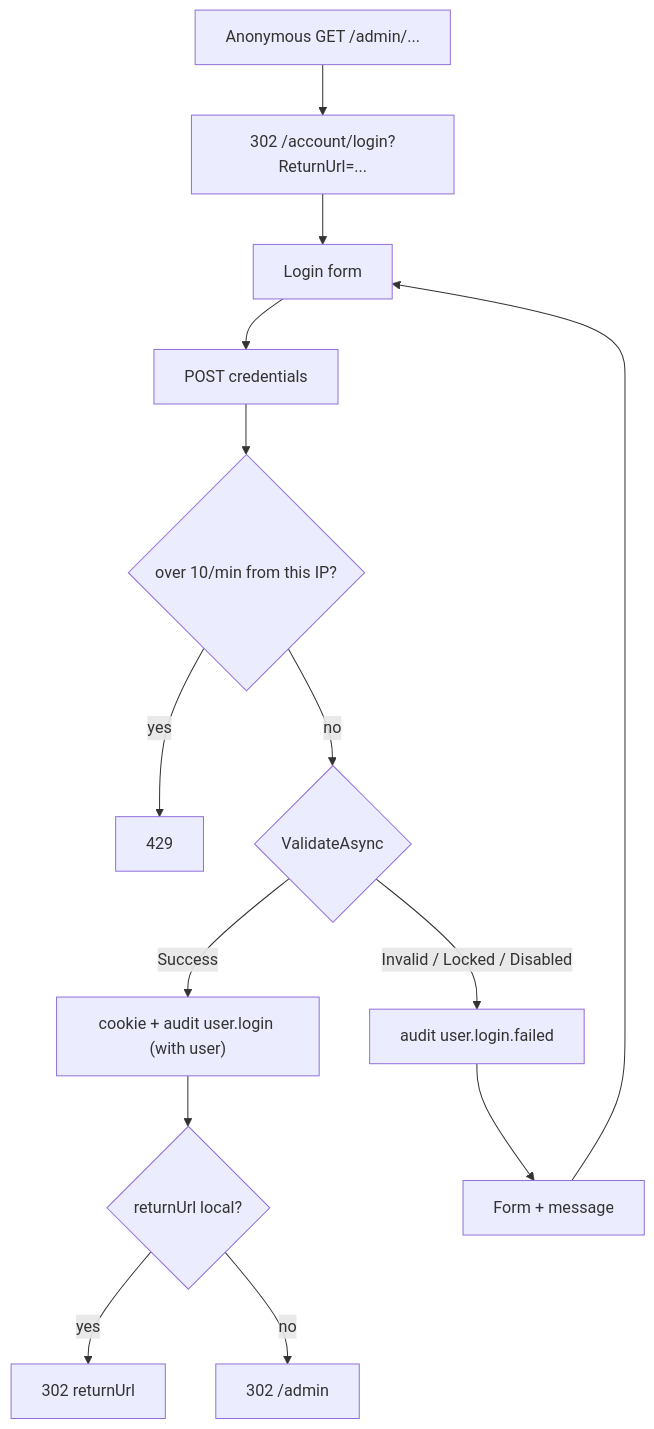
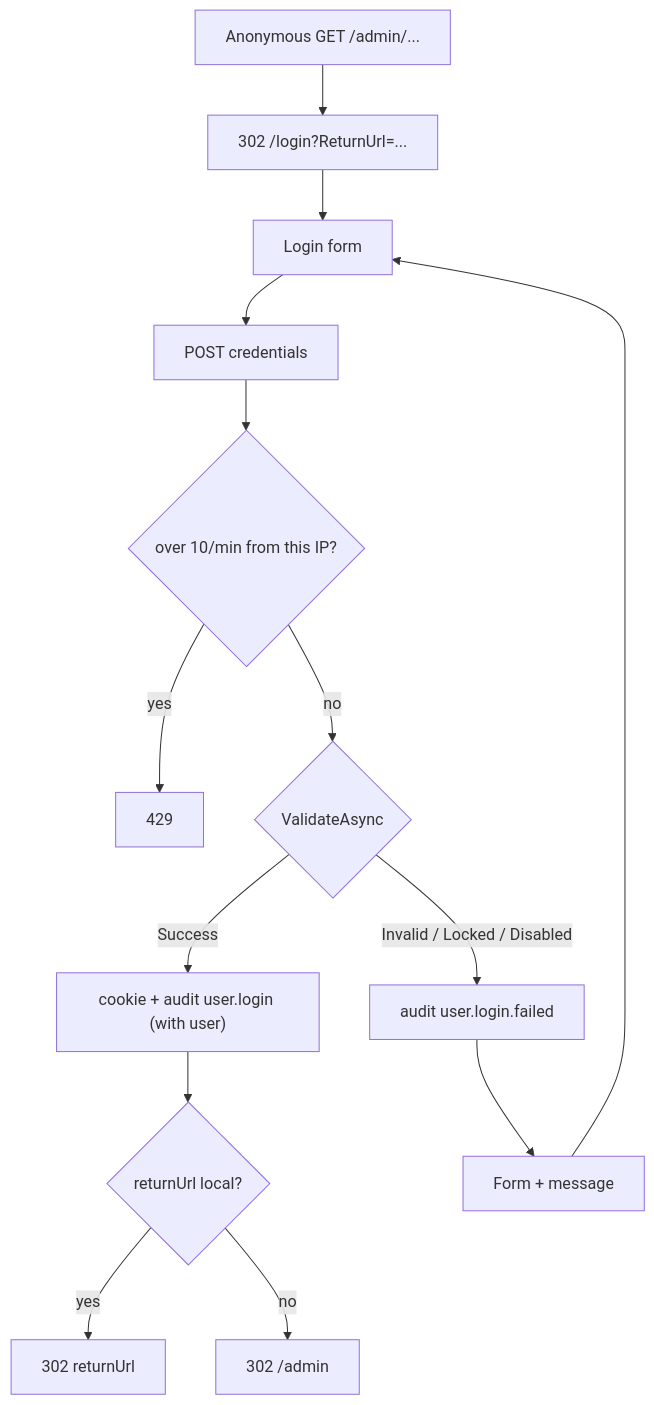
The diagram in .docs/pages/login.md (Albadit/DotNetForge), drawn with Mermaid before and after one commit. The commit also changed other lines of this file and 303 other files, not shown here.

````diff
--- a/.docs/pages/login.md
+++ b/.docs/pages/login.md
@@ -193,13 +202,13 @@
 ```mermaid
 flowchart TD
-    A["Anonymous GET /admin/..."] --> B["302 /account/login?ReturnUrl=..."]
+    A["Anonymous GET /admin/..."] --> B["302 /login?ReturnUrl=..."]
     B --> C[Login form]
     C --> D[POST credentials]
     D --> RL{"over 10/min from this IP?"}
     RL -- yes --> T["429"]
     RL -- no --> E{ValidateAsync}
     E -- Success --> F["cookie + audit user.login (with user)"] --> G{"returnUrl local?"}
     G -- yes --> G1["302 returnUrl"]
     G -- no --> G2["302 /admin"]
     E -- "Invalid / Locked / Disabled" --> H["audit user.login.failed"] --> I[Form + message] --> C
 ```
````
